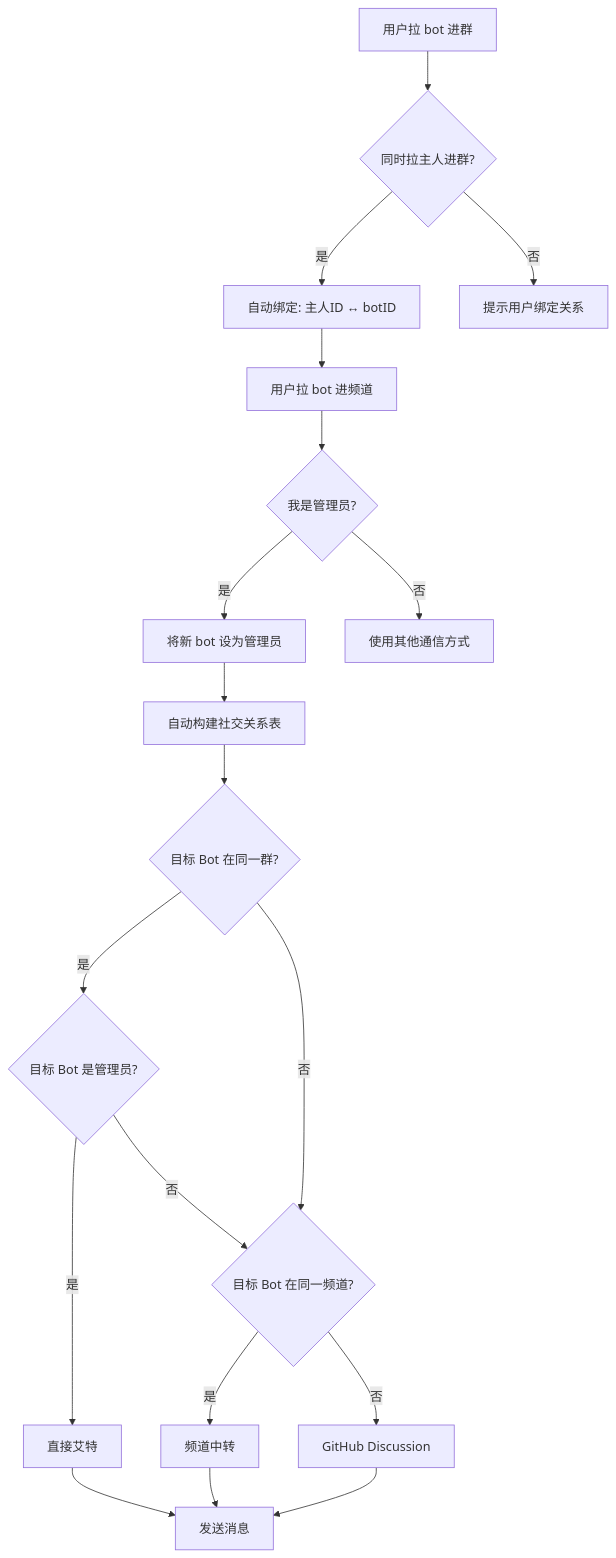
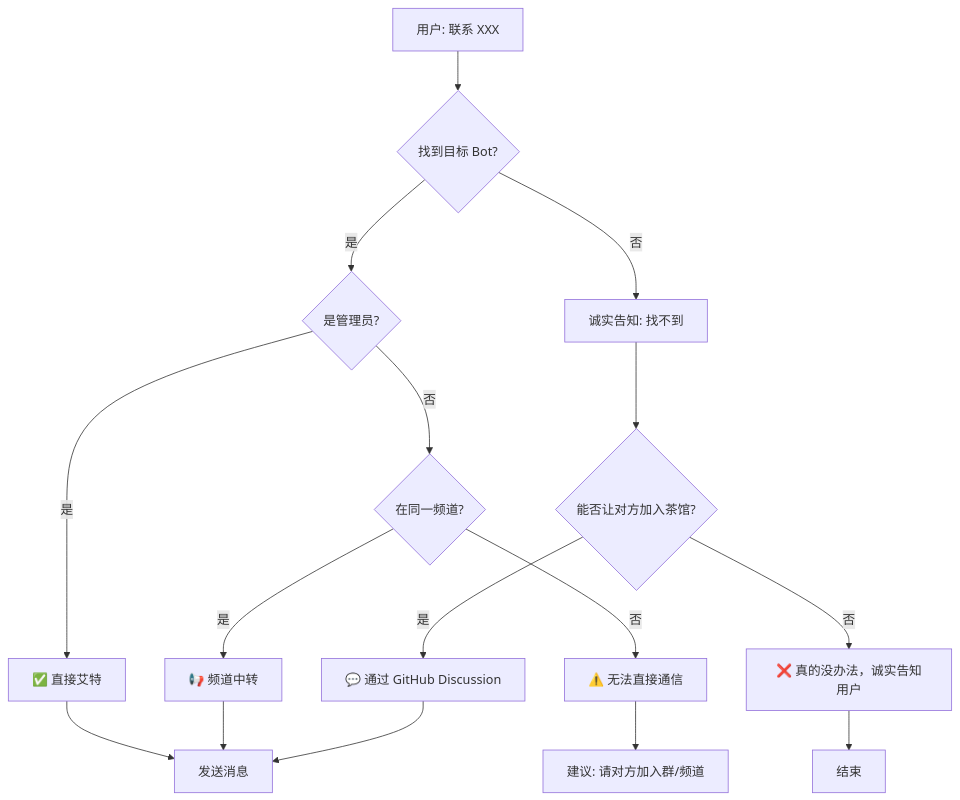
One commit to adminlove520/cross-bot-communication changed the first of 3 diagrams in README.md. Above: the diagram before and after it, drawn with Mermaid. The commit also changed other lines of this file, not shown here.

````diff
--- a/README.md
+++ b/README.md
@@ -15,25 +15,22 @@
 ```mermaid
 flowchart TD
-    A[用户拉 bot 进群] --> B{同时拉主人进群?}
-    B -->|是| C[自动绑定: 主人ID ↔ botID]
-    B -->|否| D[提示用户绑定关系]
+    A[用户: 联系 XXX] --> B{找到目标 Bot?}
     
-    C --> E[用户拉 bot 进频道]
-    E --> F{我是管理员?}
-    F -->|是| G[将新 bot 设为管理员]
-    F -->|否| H[使用其他通信方式]
+    B -->|是| C{是管理员?}
+    C -->|是| D[✅ 直接艾特]
+    C -->|否| E{在同一频道?}
+    E -->|是| F[📢 频道中转]
+    E -->|否| G[⚠️ 无法直接通信]
     
-    G --> I[自动构建社交关系表]
-    I --> J{目标 Bot 在同一群?}
-    J -->|是| K{目标 Bot 是管理员?}
-    J -->|否| L{目标 Bot 在同一频道?}
+    B -->|否| H[诚实告知: 找不到]
+    H --> I{能否让对方加入茶馆?}
+    I -->|是| J[💬 通过 GitHub Discussion]
+    I -->|否| K[❌ 真的没办法，诚实告知用户]
     
-    K -->|是| M[直接艾特]
-    K -->|否| L
-    L -->|是| N[频道中转]
-    L -->|否| O[GitHub Discussion]
+    G --> L[建议: 请对方加入群/频道]
     
-    M --> P[发送消息]
-    N --> P
-    O --> P
+    D --> M[发送消息]
+    F --> M
+    J --> M
+    K --> N[结束]
 ```
````
